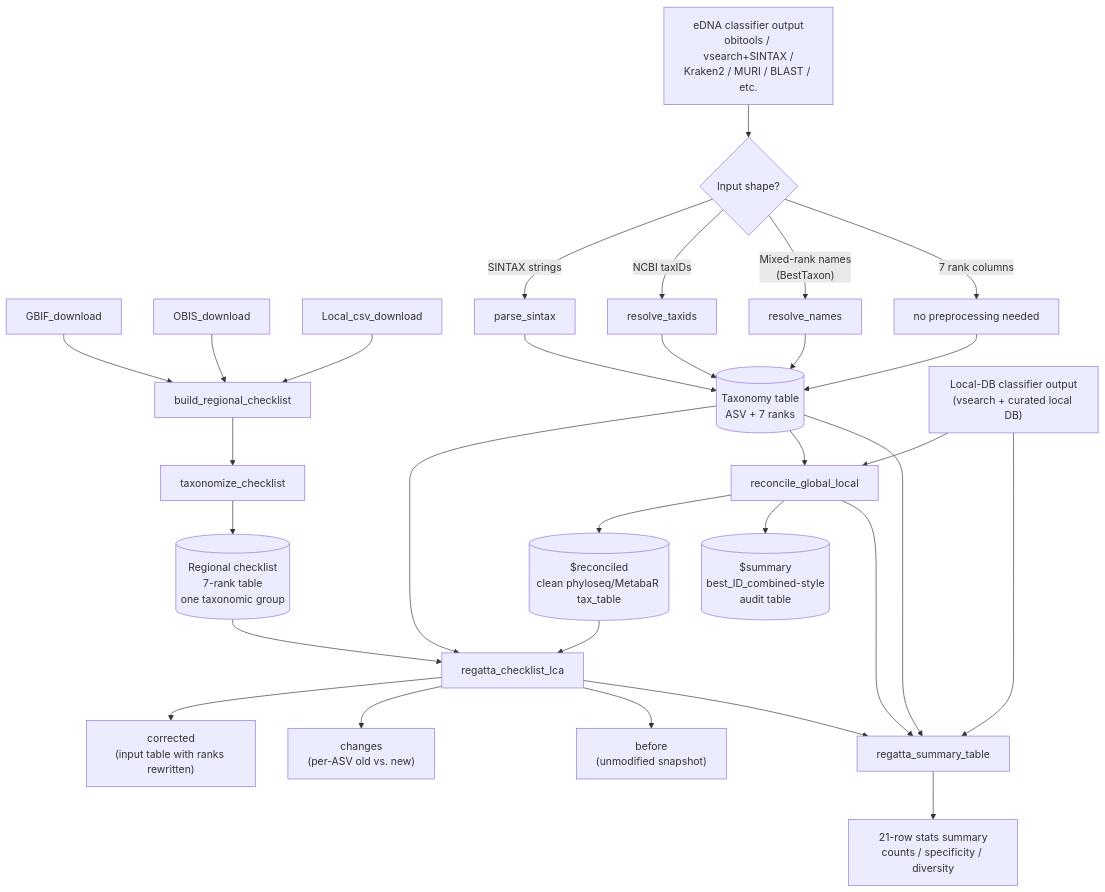
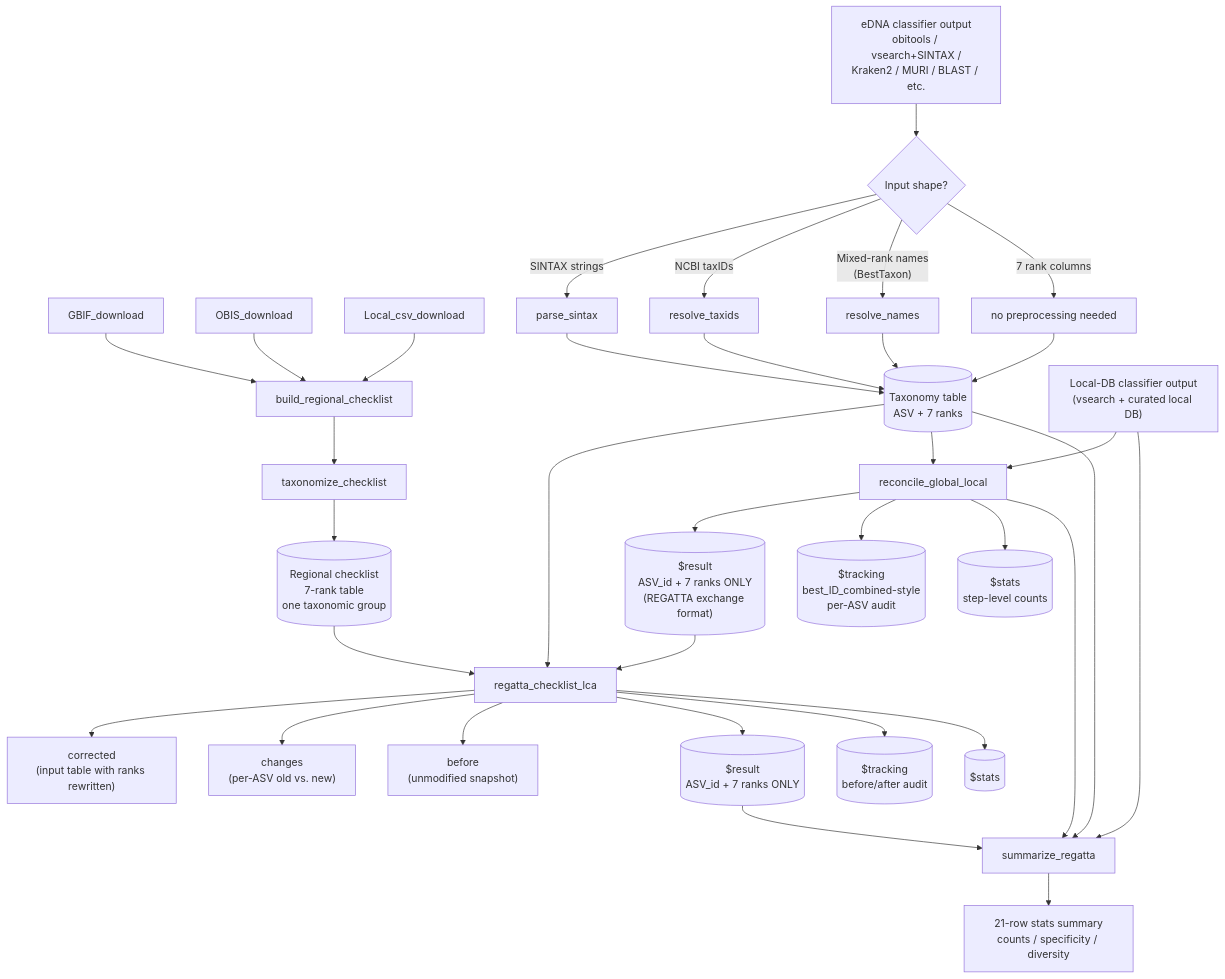
The diagram in README.md (EWisely/REGATTA), drawn with Mermaid before and after one commit. The commit also changed other lines of this file and 13 other files, not shown here.

````diff
--- a/README.md
+++ b/README.md
@@ -58,36 +58,40 @@
 ```mermaid
 flowchart TD
     A[GBIF_download] --> D[build_regional_checklist]
     B[OBIS_download] --> D
     C[Local_csv_download] --> D
     D --> E[taxonomize_checklist]
     E --> F[("Regional checklist<br/>7-rank table<br/>one taxonomic group")]
 
     G["eDNA classifier output<br/>obitools / vsearch+SINTAX /<br/>Kraken2 / MURI / BLAST / etc."] --> H{Input shape?}
     H -->|SINTAX strings| I[parse_sintax]
     H -->|NCBI taxIDs| J[resolve_taxids]
     H -->|"Mixed-rank names<br/>(BestTaxon)"| N1[resolve_names]
     H -->|7 rank columns| K[no preprocessing needed]
     I --> L[("Taxonomy table<br/>ASV + 7 ranks")]
     J --> L
     N1 --> L
     K --> L
 
     F --> M[regatta_checklist_lca]
     L --> M
     M --> N["corrected<br/>(input table with ranks rewritten)"]
     M --> O["changes<br/>(per-ASV old vs. new)"]
     M --> P["before<br/>(unmodified snapshot)"]
 
     L2["Local-DB classifier output<br/>(vsearch + curated local DB)"] --> Q[reconcile_global_local]
     L --> Q
-    Q --> R1[("$reconciled<br/>clean phyloseq/MetabaR tax_table")]
-    Q --> R2[("$summary<br/>best_ID_combined-style<br/>audit table")]
+    Q --> R1[("$result<br/>ASV_id + 7 ranks ONLY<br/>(REGATTA exchange format)")]
+    Q --> R2[("$tracking<br/>best_ID_combined-style<br/>per-ASV audit")]
+    Q --> R3[("$stats<br/>step-level counts")]
     R1 --> M
+    M --> M1[("$result<br/>ASV_id + 7 ranks ONLY")]
+    M --> M2[("$tracking<br/>before/after audit")]
+    M --> M3[("$stats")]
 
-    M --> S[regatta_summary_table]
+    M1 --> S[summarize_regatta]
     L --> S
     L2 --> S
     Q --> S
     S --> T["21-row stats summary<br/>counts / specificity / diversity"]
 ```
````
